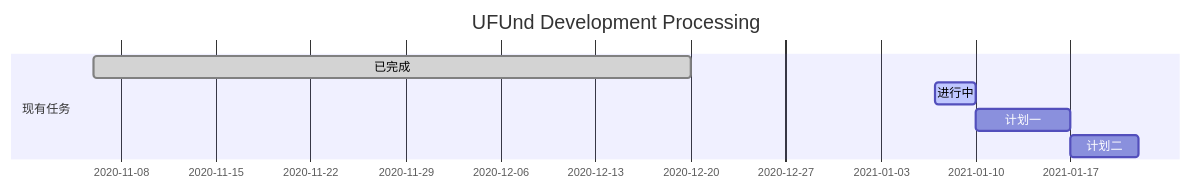
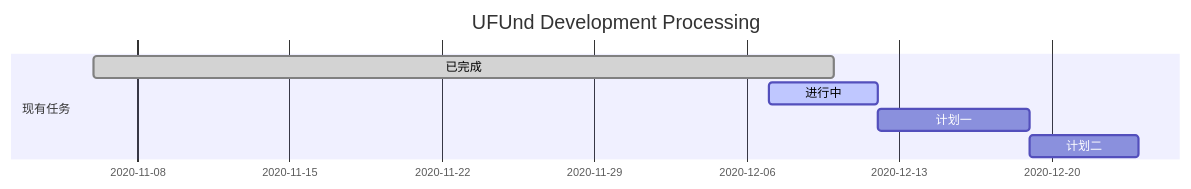
Before and after one commit to UFund-Me/UFund: the diagram in README.md, drawn with Mermaid.

````diff
--- a/README.md
+++ b/README.md
@@ -182,10 +182,10 @@
 ```mermaid
 gantt
         dateFormat  YYYY-MM-DD
         title UFUnd Development Processing
         section 现有任务
-        已完成               :done,    des1, 2020-11-06,2020-12-20
-        进行中               :active,  des2, 2021-01-07, 3d
+        已完成               :done,    des1, 2020-11-06,2020-12-10
+        进行中               :active,  des2, 2020-12-07, 5d
         计划一               :         des3, after des2, 7d
         计划二               :         des4, after des3, 5d
 ```
````
